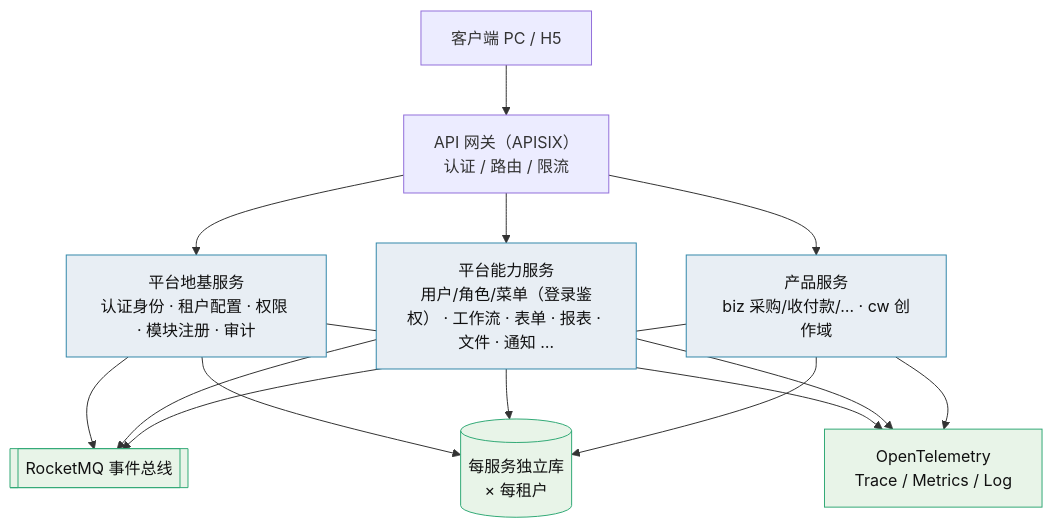
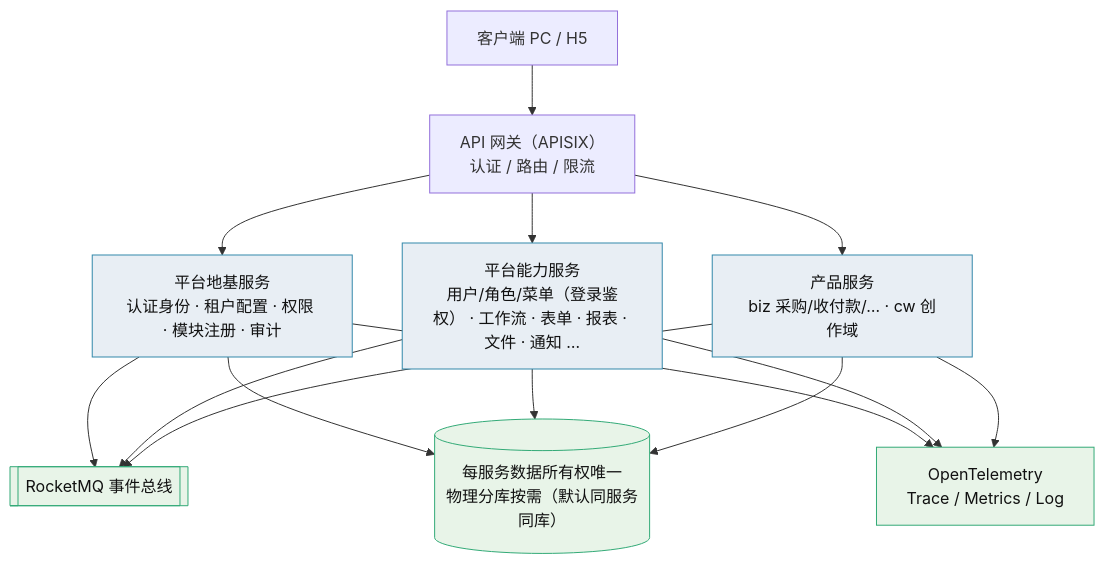
The diagram in bms文档/规划/微服务演进规划.md (minjian123/basic-management-system), drawn with Mermaid before and after one commit. The commit also changed other lines of this file and 60 other files, not shown here.

````diff
--- a/bms文档/规划/微服务演进规划.md
+++ b/bms文档/规划/微服务演进规划.md
@@ -35,14 +57,14 @@
 ```mermaid
 flowchart TB
     C[客户端 PC / H5] --> GW["API 网关（APISIX）<br/>认证 / 路由 / 限流"]
     GW --> G["平台地基服务<br/>认证身份 · 租户配置 · 权限 · 模块注册 · 审计"]
     GW --> B["平台能力服务<br/>用户/角色/菜单（登录鉴权） · 工作流 · 表单 · 报表 · 文件 · 通知 …"]
     GW --> P["产品服务<br/>biz 采购/收付款/… · cw 创作域"]
     G & B & P --> MQ[["RocketMQ 事件总线"]]
-    G & B & P --> DB[("每服务独立库<br/>× 每租户")]
+    G & B & P --> DB[("每服务数据所有权唯一<br/>物理分库按需（默认同服务同库）")]
     G & B & P --> OBS["OpenTelemetry<br/>Trace / Metrics / Log"]
     classDef svc fill:#e8eef4,stroke:#38a,color:#111
     classDef ext fill:#e8f4e8,stroke:#3a7,color:#111
     class G,B,P svc
     class MQ,DB,OBS ext
 ```
````
